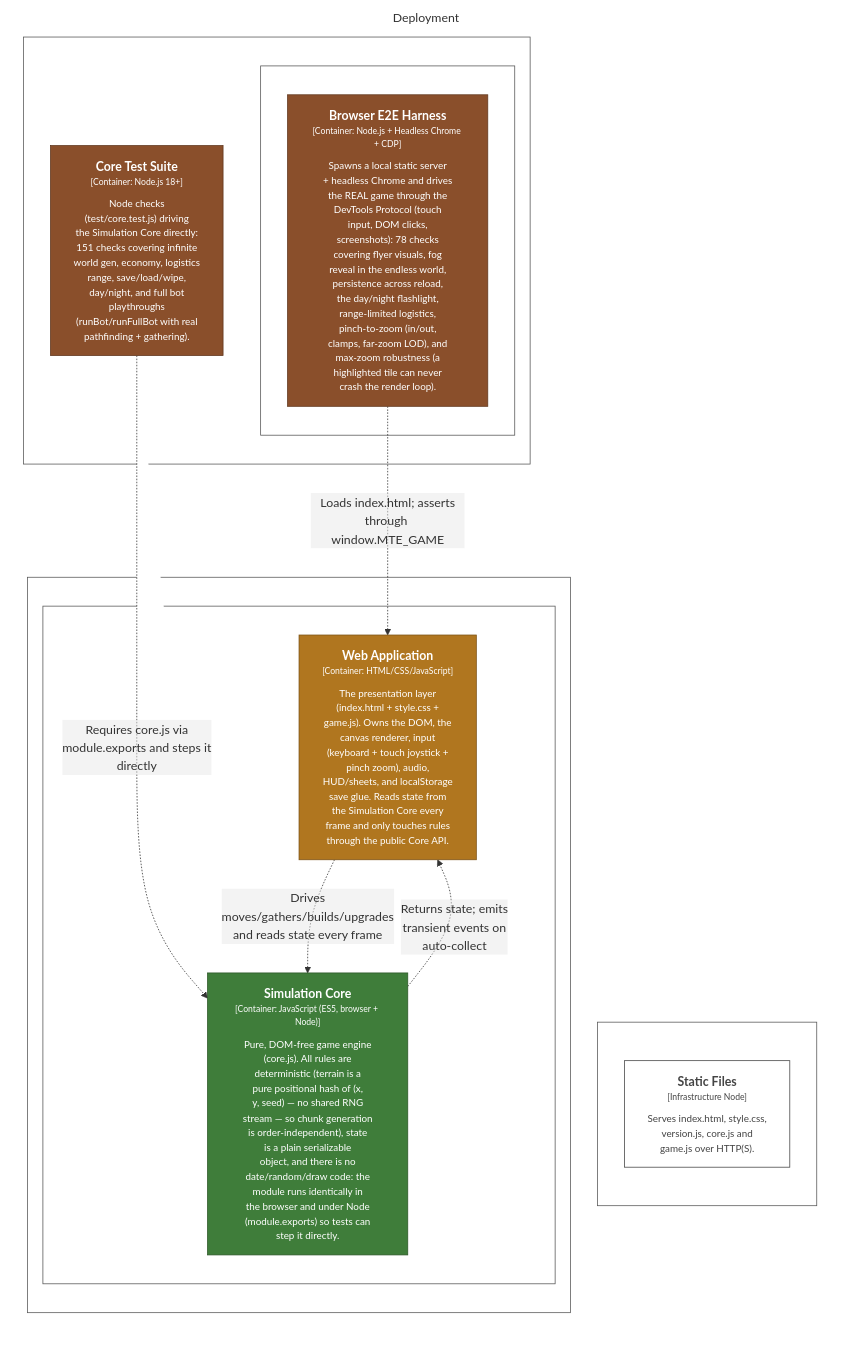
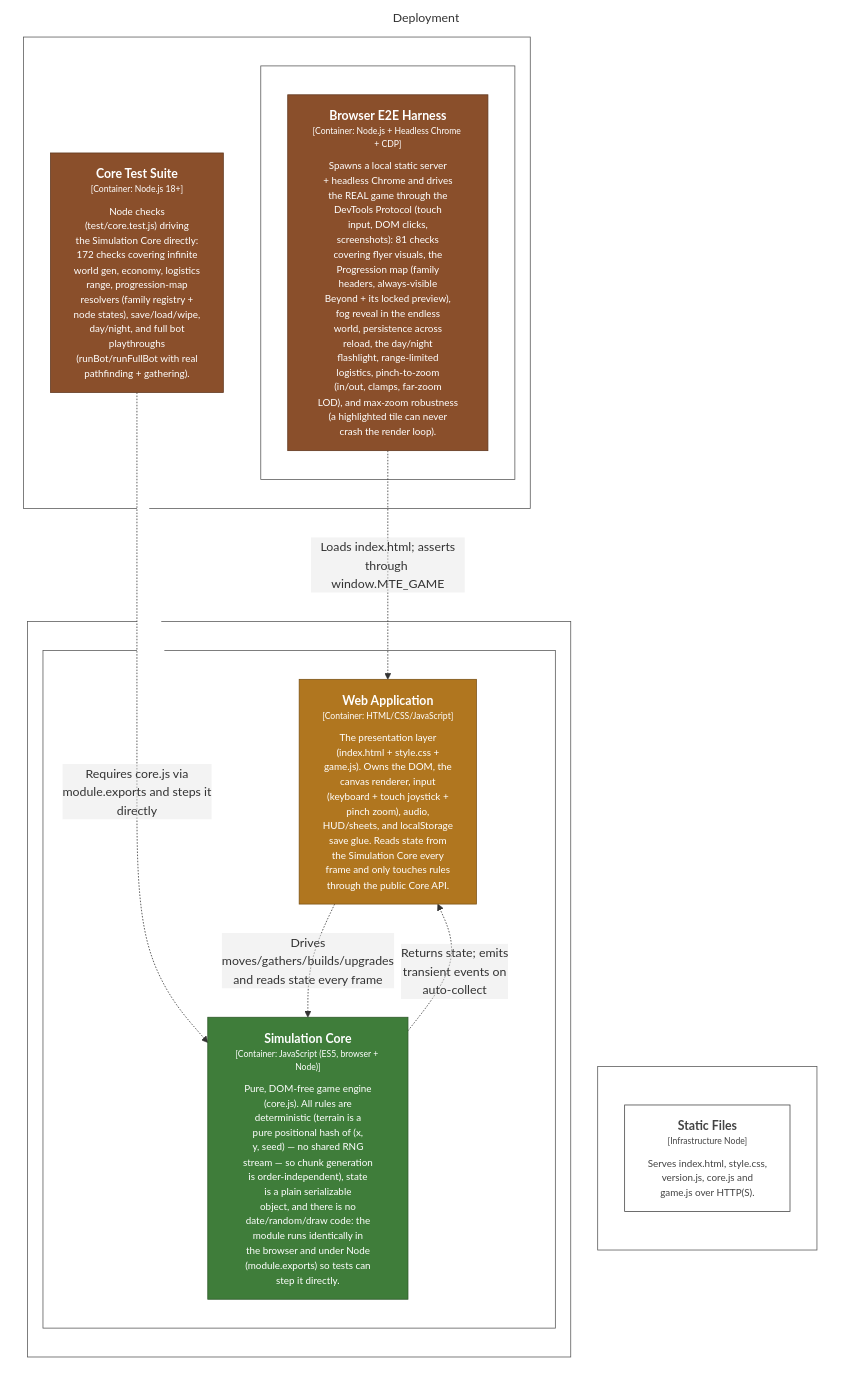
The diagram in structurizr/diagrams/Deployment.mmd (bitkojine/more-than-enough), drawn with Mermaid before and after one commit. The commit also changed 18 other files, not shown here.

First line of the commit message:
v0.12.0: feat — Progression map replaces the flat Upgrades list

```diff
--- a/structurizr/diagrams/Deployment.mmd
+++ b/structurizr/diagrams/Deployment.mmd
@@ -1,48 +1,48 @@
 %% Generated from structurizr/workspace.dsl — do not edit; run: node structurizr/scripts/structurizr.mjs mermaid
 graph LR
   linkStyle default fill:#ffffff
 
   subgraph diagram ["Deployment"]
     style diagram fill:#ffffff,stroke:#ffffff
 
     subgraph 67 ["Browser"]
       style 67 fill:#ffffff,stroke:#575757,color:#ffffff
 
       subgraph 68 ["Browser tab"]
         style 68 fill:#ffffff,stroke:#575757,color:#ffffff
 
         69["<div style='font-weight: bold'>Web Application</div><div style='font-size: 70%; margin-top: 0px'>[Container: HTML/CSS/JavaScript]</div><div style='font-size: 80%; margin-top:10px'>The presentation layer<br />(index.html + style.css +<br />game.js). Owns the DOM, the<br />canvas renderer, input<br />(keyboard + touch joystick +<br />pinch zoom), audio,<br />HUD/sheets, and localStorage<br />save glue. Reads state from<br />the Simulation Core every<br />frame and only touches rules<br />through the public Core API.</div>"]
         style 69 fill:#b0761f,stroke:#7b5215,color:#ffffff
         70["<div style='font-weight: bold'>Simulation Core</div><div style='font-size: 70%; margin-top: 0px'>[Container: JavaScript (ES5, browser + Node)]</div><div style='font-size: 80%; margin-top:10px'>Pure, DOM-free game engine<br />(core.js). All rules are<br />deterministic (terrain is a<br />pure positional hash of (x,<br />y, seed) — no shared RNG<br />stream — so chunk generation<br />is order-independent), state<br />is a plain serializable<br />object, and there is no<br />date/random/draw code: the<br />module runs identically in<br />the browser and under Node<br />(module.exports) so tests can<br />step it directly.</div>"]
         style 70 fill:#3f7d3a,stroke:#2c5728,color:#ffffff
       end
 
     end
 
     subgraph 73 ["Static Host"]
       style 73 fill:#ffffff,stroke:#575757,color:#ffffff
 
       74["<div style='font-weight: bold'>Static Files</div><div style='font-size: 70%; margin-top: 0px'>[Infrastructure Node]</div><div style='font-size: 80%; margin-top:10px'>Serves index.html, style.css,<br />version.js, core.js and<br />game.js over HTTP(S).</div>"]
       style 74 fill:#ffffff,stroke:#444444,color:#444444
     end
 
     subgraph 75 ["Node.js 18+"]
       style 75 fill:#ffffff,stroke:#575757,color:#ffffff
 
-      76["<div style='font-weight: bold'>Core Test Suite</div><div style='font-size: 70%; margin-top: 0px'>[Container: Node.js 18+]</div><div style='font-size: 80%; margin-top:10px'>Node checks<br />(test/core.test.js) driving<br />the Simulation Core directly:<br />151 checks covering infinite<br />world gen, economy, logistics<br />range, save/load/wipe,<br />day/night, and full bot<br />playthroughs<br />(runBot/runFullBot with real<br />pathfinding + gathering).</div>"]
+      76["<div style='font-weight: bold'>Core Test Suite</div><div style='font-size: 70%; margin-top: 0px'>[Container: Node.js 18+]</div><div style='font-size: 80%; margin-top:10px'>Node checks<br />(test/core.test.js) driving<br />the Simulation Core directly:<br />172 checks covering infinite<br />world gen, economy, logistics<br />range, progression-map<br />resolvers (family registry +<br />node states), save/load/wipe,<br />day/night, and full bot<br />playthroughs<br />(runBot/runFullBot with real<br />pathfinding + gathering).</div>"]
       style 76 fill:#8a4f2b,stroke:#60371e,color:#ffffff
       subgraph 78 ["Headless Chrome"]
         style 78 fill:#ffffff,stroke:#575757,color:#ffffff
 
-        79["<div style='font-weight: bold'>Browser E2E Harness</div><div style='font-size: 70%; margin-top: 0px'>[Container: Node.js + Headless Chrome + CDP]</div><div style='font-size: 80%; margin-top:10px'>Spawns a local static server<br />+ headless Chrome and drives<br />the REAL game through the<br />DevTools Protocol (touch<br />input, DOM clicks,<br />screenshots): 78 checks<br />covering flyer visuals, fog<br />reveal in the endless world,<br />persistence across reload,<br />the day/night flashlight,<br />range-limited logistics,<br />pinch-to-zoom (in/out,<br />clamps, far-zoom LOD), and<br />max-zoom robustness (a<br />highlighted tile can never<br />crash the render loop).</div>"]
+        79["<div style='font-weight: bold'>Browser E2E Harness</div><div style='font-size: 70%; margin-top: 0px'>[Container: Node.js + Headless Chrome + CDP]</div><div style='font-size: 80%; margin-top:10px'>Spawns a local static server<br />+ headless Chrome and drives<br />the REAL game through the<br />DevTools Protocol (touch<br />input, DOM clicks,<br />screenshots): 81 checks<br />covering flyer visuals, the<br />Progression map (family<br />headers, always-visible<br />Beyond + its locked preview),<br />fog reveal in the endless<br />world, persistence across<br />reload, the day/night<br />flashlight, range-limited<br />logistics, pinch-to-zoom<br />(in/out, clamps, far-zoom<br />LOD), and max-zoom robustness<br />(a highlighted tile can never<br />crash the render loop).</div>"]
         style 79 fill:#8a4f2b,stroke:#60371e,color:#ffffff
       end
 
     end
 
     70-. "<div>Returns state; emits<br />transient events on<br />auto-collect</div><div style='font-size: 70%'></div>" .->69
     69-. "<div>Drives<br />moves/gathers/builds/upgrades<br />and reads state every frame</div><div style='font-size: 70%'></div>" .->70
     76-. "<div>Requires core.js via<br />module.exports and steps it<br />directly</div><div style='font-size: 70%'></div>" .->70
     79-. "<div>Loads index.html; asserts<br />through window.MTE_GAME</div><div style='font-size: 70%'></div>" .->69
 
   end
```
